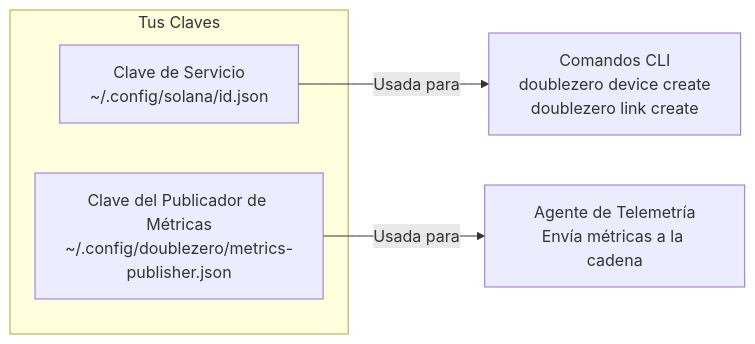
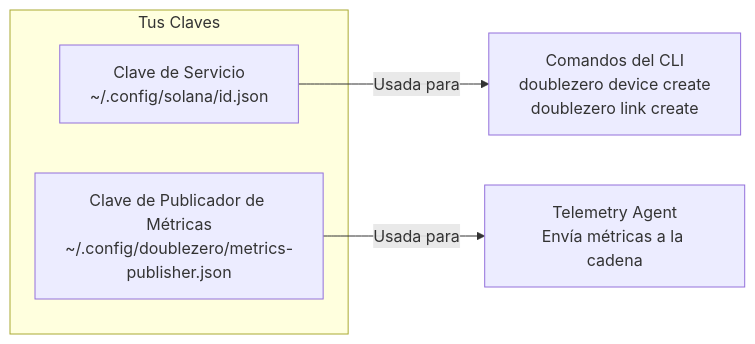
The fourth of 13 diagrams in docs/contribute-provisioning.es.md (malbeclabs/docs), drawn with Mermaid before and after one commit. The commit also changed other lines of this file and 130 other files, not shown here.

````diff
--- a/docs/contribute-provisioning.es.md
+++ b/docs/contribute-provisioning.es.md
@@ -205,10 +205,10 @@
 ```mermaid
 flowchart LR
     subgraph "Tus Claves"
         SK[Clave de Servicio<br/>~/.config/solana/id.json]
-        MK[Clave del Publicador de Métricas<br/>~/.config/doublezero/metrics-publisher.json]
+        MK[Clave de Publicador de Métricas<br/>~/.config/doublezero/metrics-publisher.json]
     end
 
-    SK -->|Usada para| CLI[Comandos CLI<br/>doublezero device create<br/>doublezero link create]
-    MK -->|Usada para| TEL[Agente de Telemetría<br/>Envía métricas a la cadena]
+    SK -->|Usada para| CLI[Comandos del CLI<br/>doublezero device create<br/>doublezero link create]
+    MK -->|Usada para| TEL[Telemetry Agent<br/>Envía métricas a la cadena]
 ```
````
